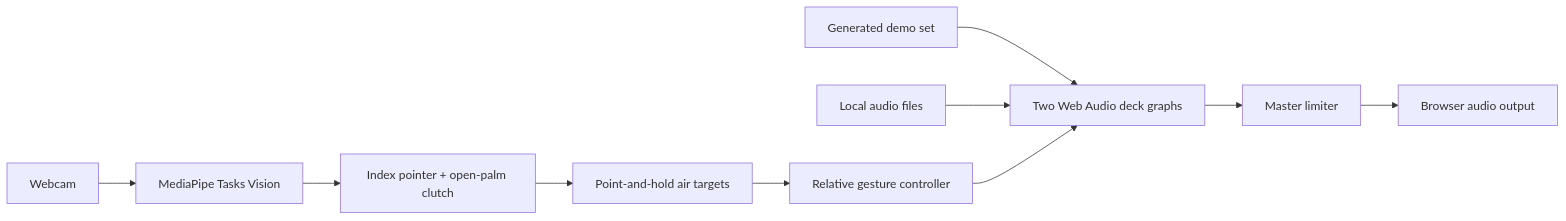
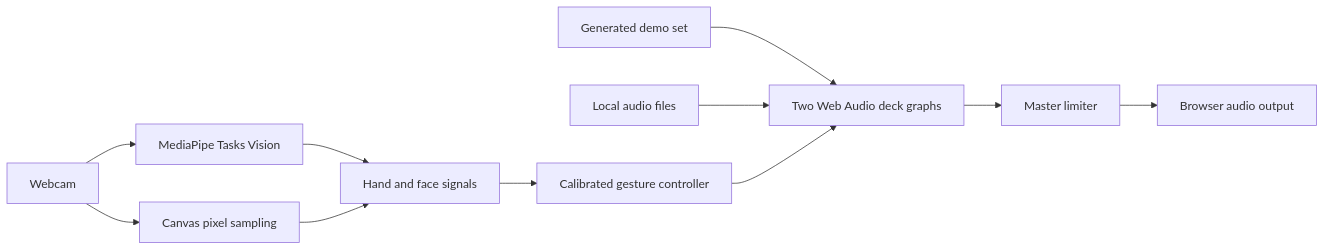
The diagram in README.md (kaantaskentt/conductor-vision), drawn with Mermaid before and after one commit. The commit also changed other lines of this file and 30 other files, not shown here.

````diff
--- a/README.md
+++ b/README.md
@@ -88,12 +91,13 @@
 ```mermaid
 flowchart LR
   Camera["Webcam"] --> Vision["MediaPipe Tasks Vision"]
-  Vision --> Pointer["Index pointer + open-palm clutch"]
+  Vision --> Signals["Hand and face signals"]
+  Camera --> Pixels["Canvas pixel sampling"]
+  Pixels --> Signals
   Demo["Generated demo set"] --> Decks["Two Web Audio deck graphs"]
   Files["Local audio files"] --> Decks
-  Pointer --> Targets["Point-and-hold air targets"]
-  Targets --> Gestures["Relative gesture controller"]
+  Signals --> Gestures["Calibrated gesture controller"]
   Gestures --> Decks
   Decks --> Limiter["Master limiter"]
   Limiter --> Output["Browser audio output"]
 ```
````
